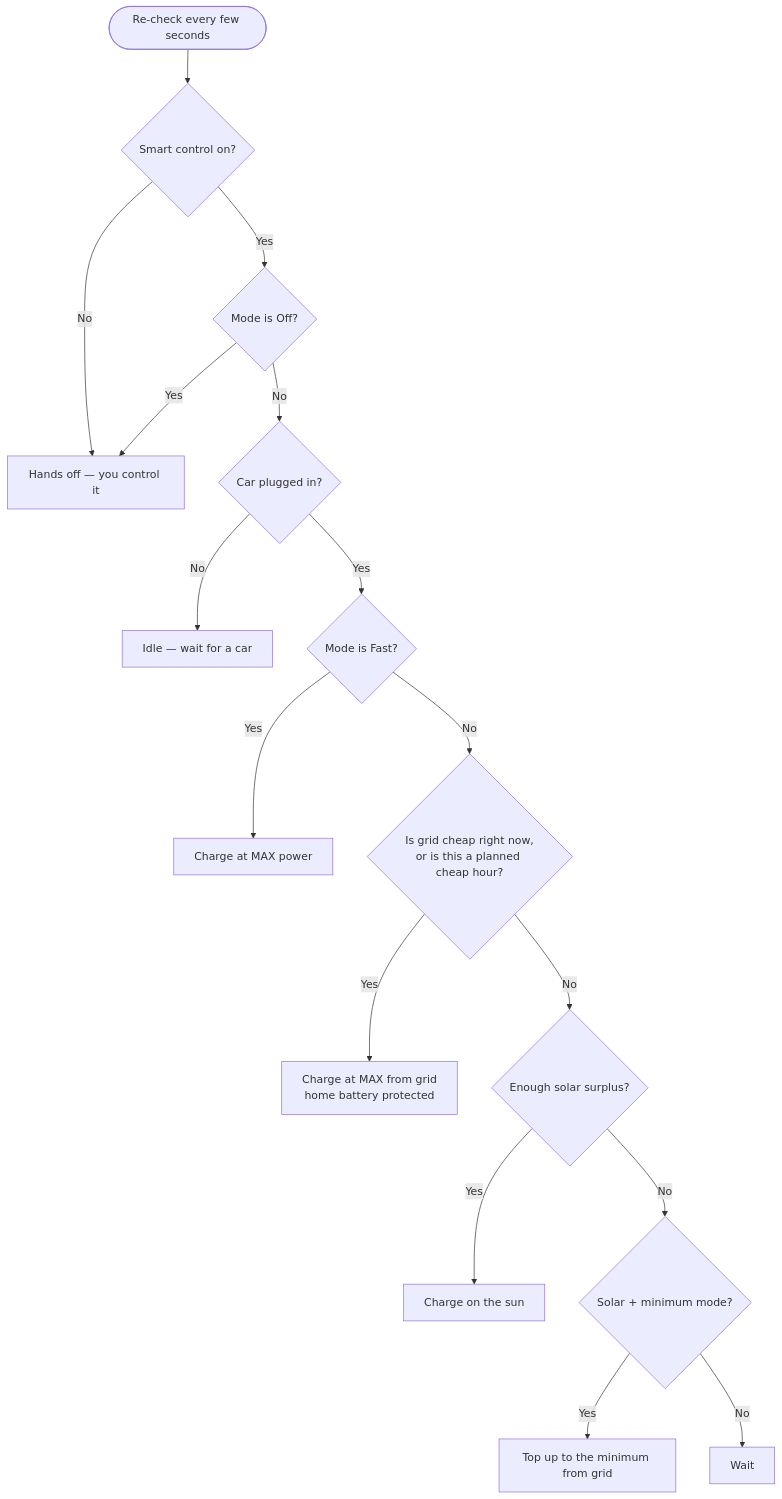
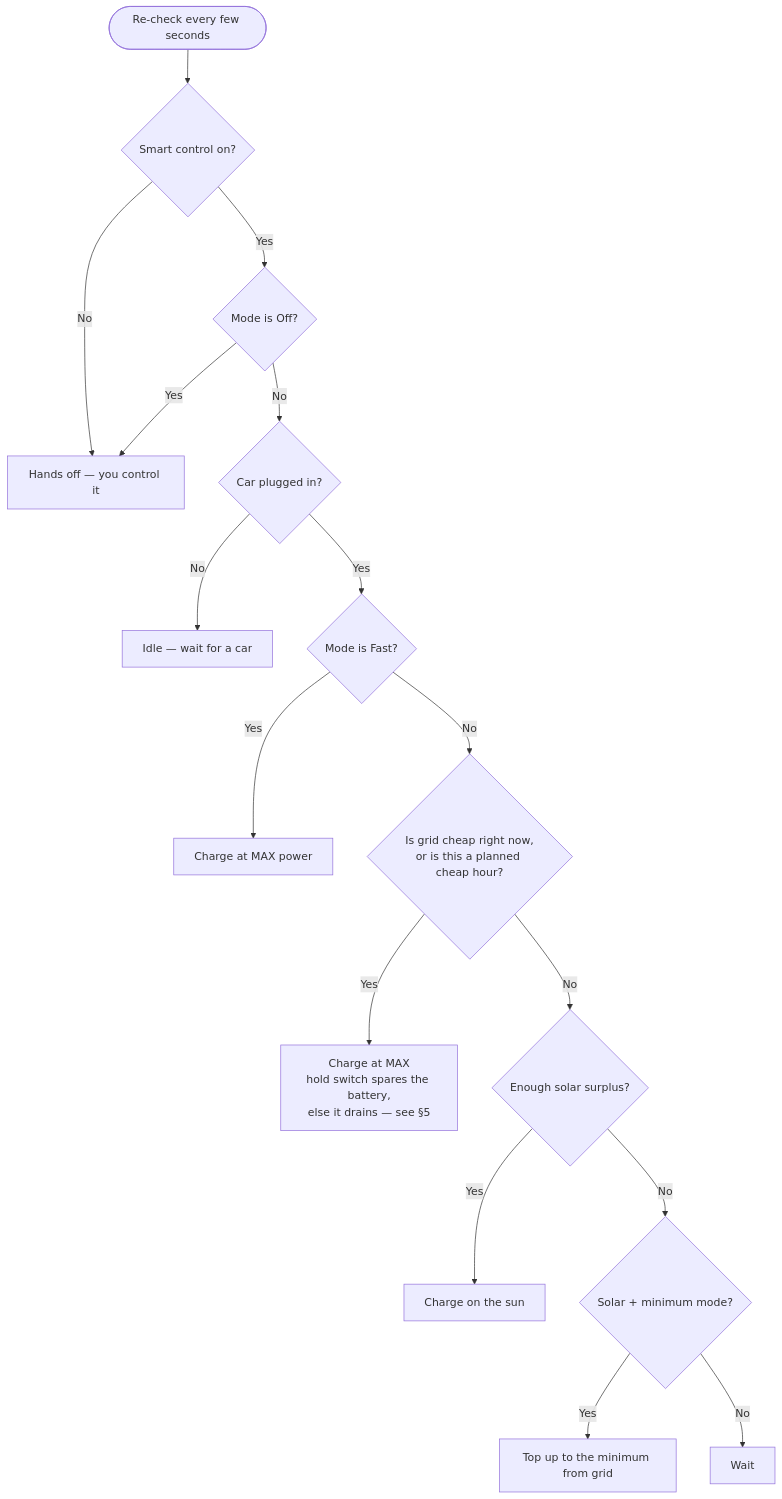
One commit to JustChr/HAgoe_steve changed the diagram in docs/charging-behavior-matrix.md. Above: the diagram before and after it, drawn with Mermaid. The commit also changed other lines of this file, not shown here.

First line of the commit message:
Docs: fix home-battery model — grid setpoint 0, hold switch required

````diff
--- a/docs/charging-behavior-matrix.md
+++ b/docs/charging-behavior-matrix.md
@@ -42,18 +42,18 @@
 ```mermaid
 flowchart TD
     A([Re-check every few seconds]) --> B{Smart control on?}
     B -- No --> HANDS[Hands off — you control it]
     B -- Yes --> C{Mode is Off?}
     C -- Yes --> HANDS
     C -- No --> D{Car plugged in?}
     D -- No --> IDLE[Idle — wait for a car]
     D -- Yes --> E{Mode is Fast?}
     E -- Yes --> MAX[Charge at MAX power]
     E -- No --> G{Is grid cheap right now,<br/>or is this a planned cheap hour?}
-    G -- Yes --> GRID[Charge at MAX from grid<br/>home battery protected]
+    G -- Yes --> GRID[Charge at MAX<br/>hold switch spares the battery,<br/>else it drains — see §5]
     G -- No --> J{Enough solar surplus?}
     J -- Yes --> SUN[Charge on the sun]
     J -- No --> K{Solar + minimum mode?}
     K -- Yes --> FLOOR[Top up to the minimum from grid]
     K -- No --> WAIT[Wait]
 ```
````
